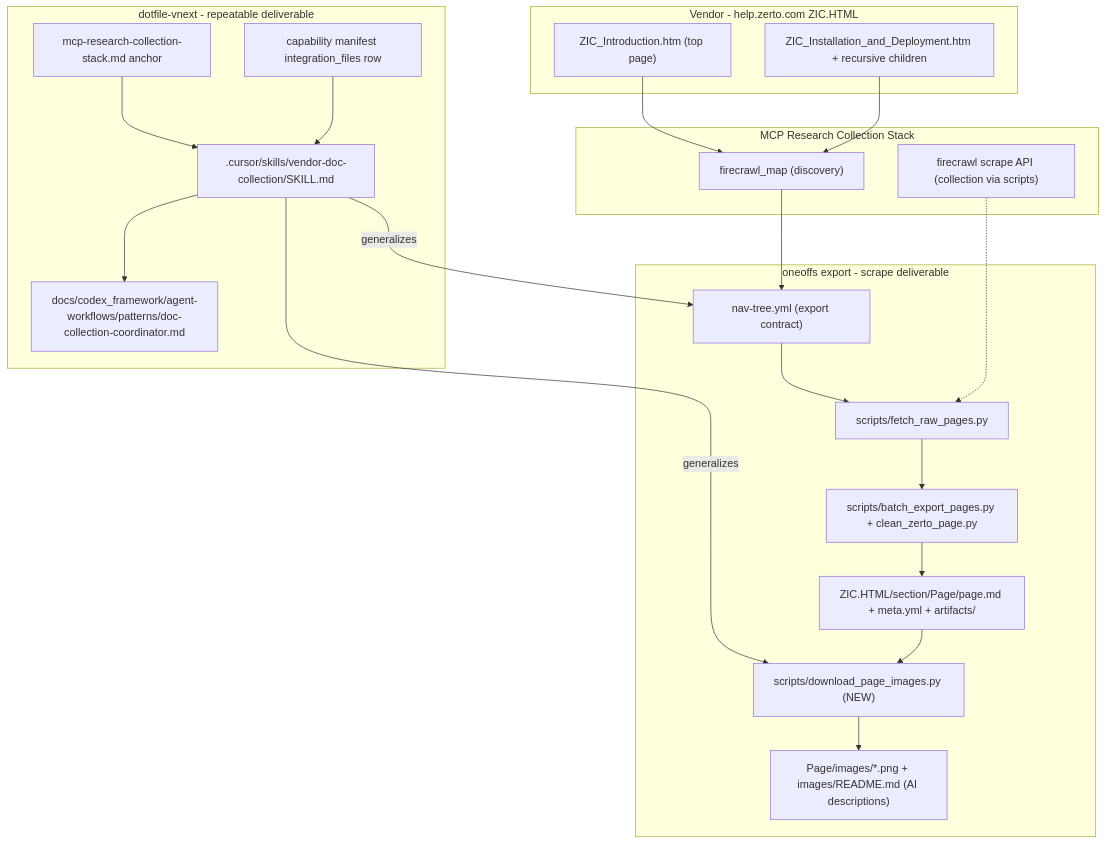
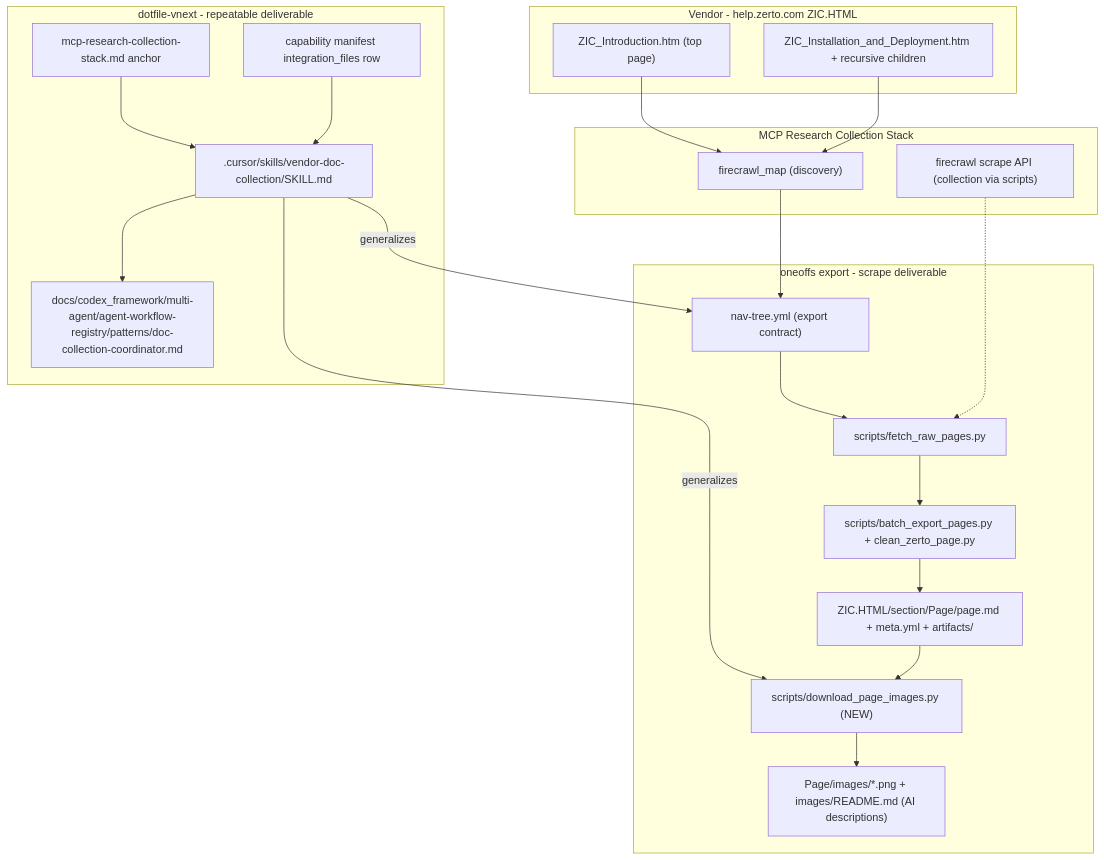
Before and after one commit to doesitscript/dotfile-vnext: the first of 2 diagrams in docs/plans/2026-07-01--vendor-doc-collection-skill/README.md, drawn with Mermaid. The commit also changed other lines of this file and 216 other files, not shown here.

First line of the commit message:
feat(multi-agent): promote codex multi-terminal workflow and evaluator loop

````diff
--- a/docs/plans/2026-07-01--vendor-doc-collection-skill/README.md
+++ b/docs/plans/2026-07-01--vendor-doc-collection-skill/README.md
@@ -157,43 +157,43 @@
 ```mermaid
 flowchart TD
   subgraph vendor [Vendor - help.zerto.com ZIC.HTML]
     intro["ZIC_Introduction.htm (top page)"]
     install["ZIC_Installation_and_Deployment.htm + recursive children"]
   end
 
   subgraph mcp [MCP Research Collection Stack]
     fmap["firecrawl_map (discovery)"]
     fscrape["firecrawl scrape API (collection via scripts)"]
   end
 
   subgraph oneoffs [oneoffs export - scrape deliverable]
     navtree["nav-tree.yml (export contract)"]
     fetch["scripts/fetch_raw_pages.py"]
     batch["scripts/batch_export_pages.py + clean_zerto_page.py"]
     imgscript["scripts/download_page_images.py (NEW)"]
     pages["ZIC.HTML/section/Page/page.md + meta.yml + artifacts/"]
     images["Page/images/*.png + images/README.md (AI descriptions)"]
   end
 
   subgraph framework [dotfile-vnext - repeatable deliverable]
     skill[".cursor/skills/vendor-doc-collection/SKILL.md"]
-    workflow["docs/codex_framework/agent-workflows/patterns/doc-collection-coordinator.md"]
+    workflow["docs/codex_framework/multi-agent/agent-workflow-registry/patterns/doc-collection-coordinator.md"]
     stackdoc["mcp-research-collection-stack.md anchor"]
     manifest["capability manifest integration_files row"]
   end
 
   intro --> fmap
   install --> fmap
   fmap --> navtree
   navtree --> fetch
   fetch --> batch
   batch --> pages
   pages --> imgscript
   imgscript --> images
   fscrape -.-> fetch
   skill -->|"generalizes"| navtree
   skill -->|"generalizes"| imgscript
   skill --> workflow
   stackdoc --> skill
   manifest --> skill
 ```
````
